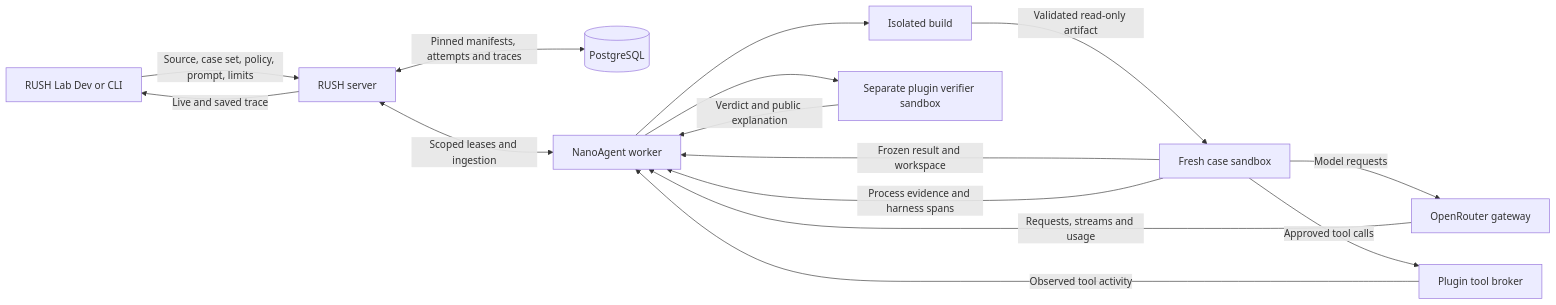
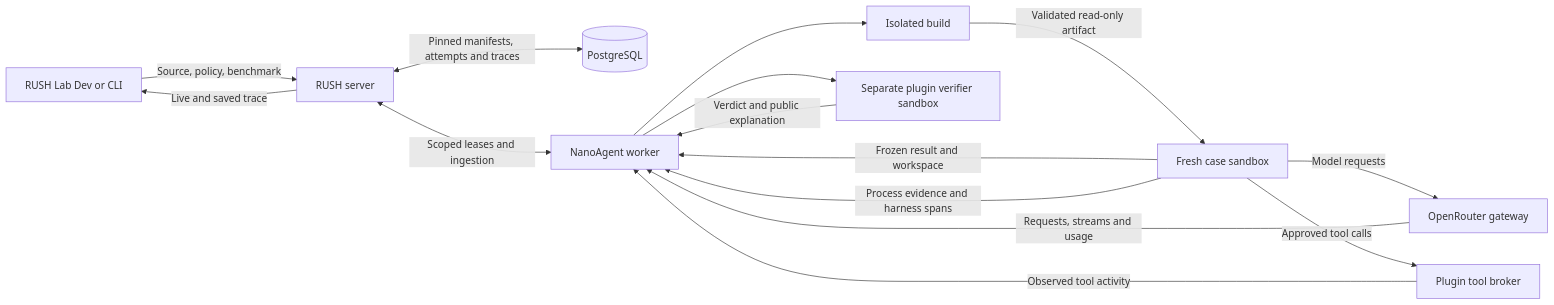
The diagram in nanoagent/docs/plans/uploaded-harness-benchmarks.md (RUSH-LAB/nanoagent), drawn with Mermaid before and after one commit. The commit also changed other lines of this file and 23 other files, not shown here.

````diff
--- a/nanoagent/docs/plans/uploaded-harness-benchmarks.md
+++ b/nanoagent/docs/plans/uploaded-harness-benchmarks.md
@@ -83,17 +73,17 @@
 ```mermaid
 flowchart LR
-    App[RUSH Lab Dev or CLI] -->|Source, case set, policy, prompt, limits| RUSH[RUSH server]
+    App[RUSH Lab Dev or CLI] -->|Source, policy, benchmark| RUSH[RUSH server]
     RUSH <-->|Pinned manifests, attempts and traces| PG[(PostgreSQL)]
     RUSH <-->|Scoped leases and ingestion| W[NanoAgent worker]
     W --> B[Isolated build]
     B -->|Validated read-only artifact| C[Fresh case sandbox]
     C -->|Model requests| O[OpenRouter gateway]
     C -->|Approved tool calls| T[Plugin tool broker]
     C -->|Frozen result and workspace| W
     W --> V[Separate plugin verifier sandbox]
     C -->|Process evidence and harness spans| W
     O -->|Requests, streams and usage| W
     T -->|Observed tool activity| W
     V -->|Verdict and public explanation| W
     RUSH -->|Live and saved trace| App
 ```
````
